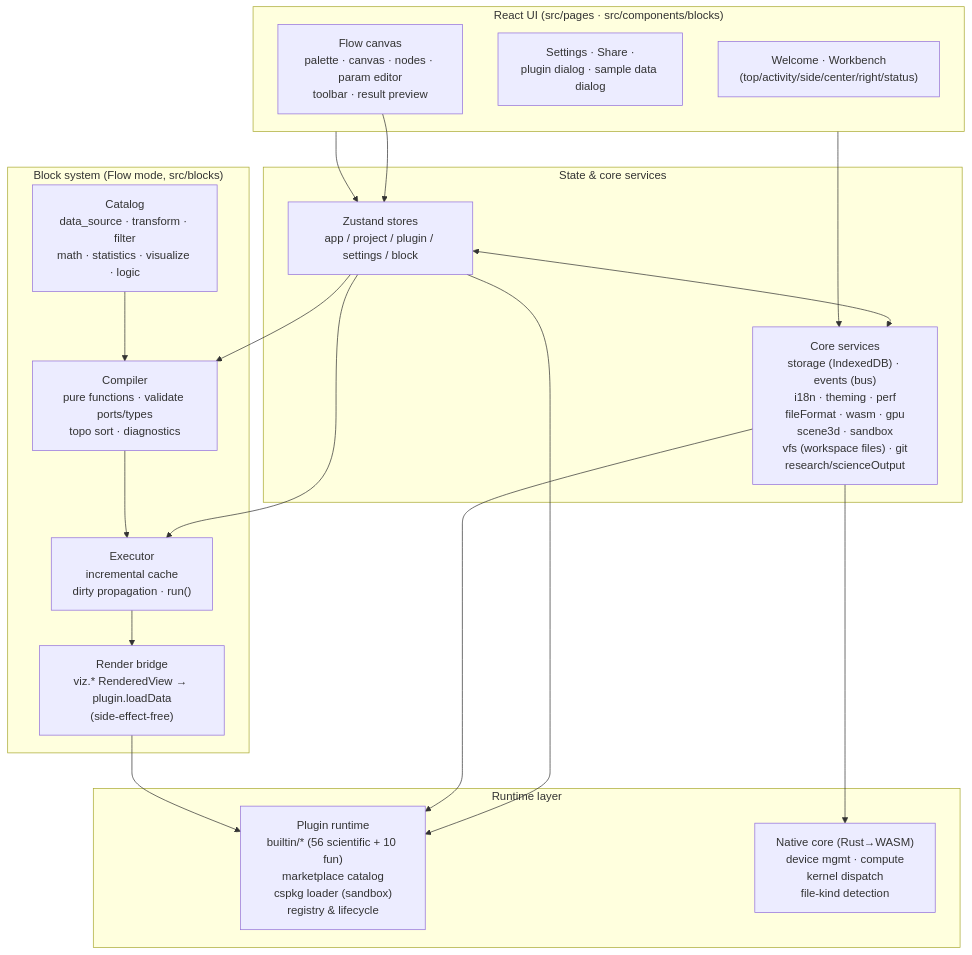
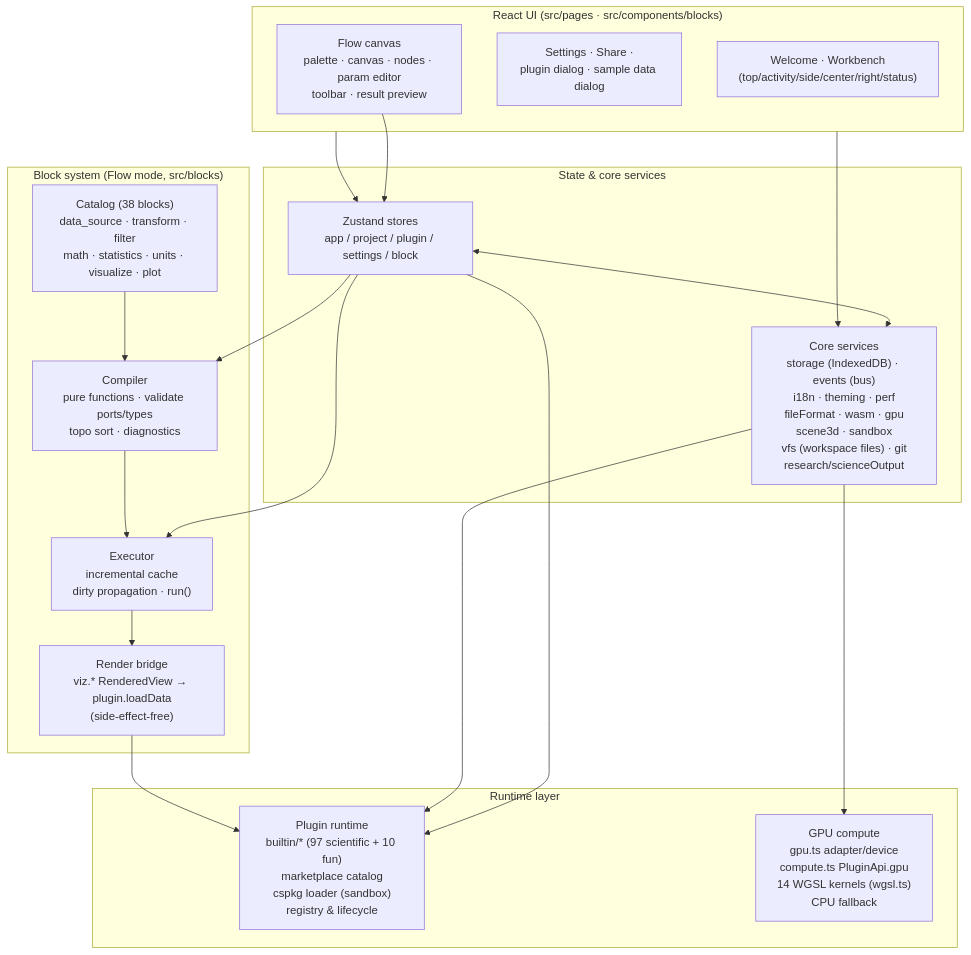
The diagram in README.md (SnowLeopard-io/ErgalicsStudio), drawn with Mermaid before and after one commit. The commit also changed other lines of this file and 36 other files, not shown here.

````diff
--- a/README.md
+++ b/README.md
@@ -190,39 +191,39 @@
 ```mermaid
 flowchart TB
     subgraph UI["React UI (src/pages · src/components/blocks)"]
         A1["Welcome · Workbench<br/>(top/activity/side/center/right/status)"]
         A2["Settings · Share ·<br/>plugin dialog · sample data dialog"]
         A3["Flow canvas<br/>palette · canvas · nodes · param editor<br/>toolbar · result preview"]
     end
 
     subgraph State["State & core services"]
         B1["Zustand stores<br/>app / project / plugin / settings / block"]
         B2["Core services<br/>storage (IndexedDB) · events (bus)<br/>i18n · theming · perf<br/>fileFormat · wasm · gpu<br/>scene3d · sandbox<br/>vfs (workspace files) · git<br/>research/scienceOutput"]
     end
 
     subgraph Blocks["Block system (Flow mode, src/blocks)"]
-        D1["Catalog<br/>data_source · transform · filter<br/>math · statistics · visualize · logic"]
+        D1["Catalog (38 blocks)<br/>data_source · transform · filter<br/>math · statistics · units · visualize · plot"]
         D2["Compiler<br/>pure functions · validate ports/types<br/>topo sort · diagnostics"]
         D3["Executor<br/>incremental cache<br/>dirty propagation · run()"]
         D4["Render bridge<br/>viz.* RenderedView → plugin.loadData<br/>(side-effect-free)"]
     end
 
     subgraph Runtime["Runtime layer"]
-        C1["Plugin runtime<br/>builtin/* (56 scientific + 10 fun)<br/>marketplace catalog<br/>cspkg loader (sandbox)<br/>registry & lifecycle"]
-        C2["Native core (Rust→WASM)<br/>device mgmt · compute<br/>kernel dispatch<br/>file-kind detection"]
+        C1["Plugin runtime<br/>builtin/* (97 scientific + 10 fun)<br/>marketplace catalog<br/>cspkg loader (sandbox)<br/>registry & lifecycle"]
+        C2["GPU compute<br/>gpu.ts adapter/device<br/>compute.ts PluginApi.gpu<br/>14 WGSL kernels (wgsl.ts)<br/>CPU fallback"]
     end
 
     UI --> B1
     UI --> B2
     B1 <--> B2
     B1 --> C1
     B2 --> C1
     B2 --> C2
     A3 --> B1
     B1 --> D2
     B1 --> D3
     D2 --> D3
     D1 --> D2
     D3 --> D4
     D4 --> C1
 ```
````
